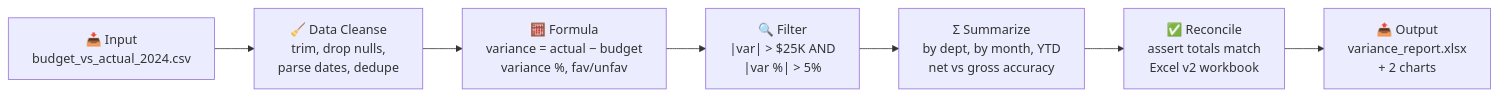
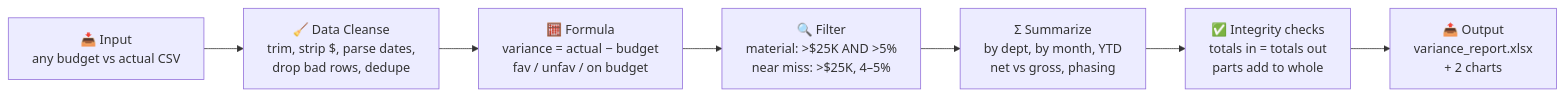
The diagram in README.md (karthikVenkata-Create/FPA-Budget-Variance-Pipeline), drawn with Mermaid before and after one commit. The commit also changed other lines of this file and 11 other files, not shown here.

First line of the commit message:
Make checks work on any data, add near misses, phasing flag, tests

````diff
--- a/README.md
+++ b/README.md
@@ -42,9 +63,9 @@
 ```mermaid
 flowchart LR
-    A["📥 Input<br/>budget_vs_actual_2024.csv"] --> B["🧹 Data Cleanse<br/>trim, drop nulls,<br/>parse dates, dedupe"]
-    B --> C["🧮 Formula<br/>variance = actual − budget<br/>variance %, fav/unfav"]
-    C --> D["🔍 Filter<br/>|var| > $25K AND<br/>|var %| > 5%"]
-    D --> E["Σ Summarize<br/>by dept, by month, YTD<br/>net vs gross accuracy"]
-    E --> F["✅ Reconcile<br/>assert totals match<br/>Excel v2 workbook"]
+    A["📥 Input<br/>any budget vs actual CSV"] --> B["🧹 Data Cleanse<br/>trim, strip $, parse dates,<br/>drop bad rows, dedupe"]
+    B --> C["🧮 Formula<br/>variance = actual − budget<br/>fav / unfav / on budget"]
+    C --> D["🔍 Filter<br/>material: >$25K AND >5%<br/>near miss: >$25K, 4–5%"]
+    D --> E["Σ Summarize<br/>by dept, by month, YTD<br/>net vs gross, phasing"]
+    E --> F["✅ Integrity checks<br/>totals in = totals out<br/>parts add to whole"]
     F --> G["📤 Output<br/>variance_report.xlsx<br/>+ 2 charts"]
 ```
````
